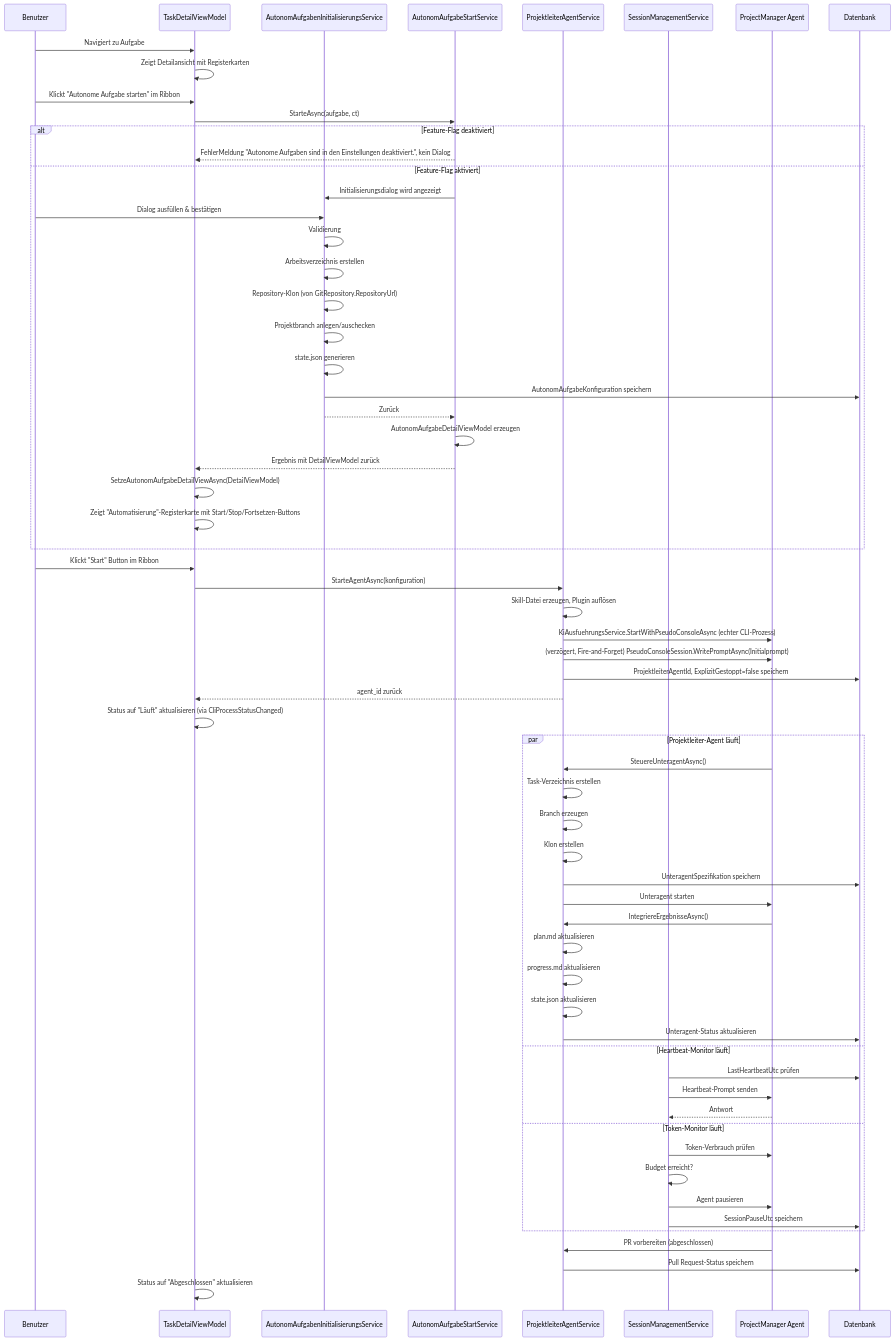
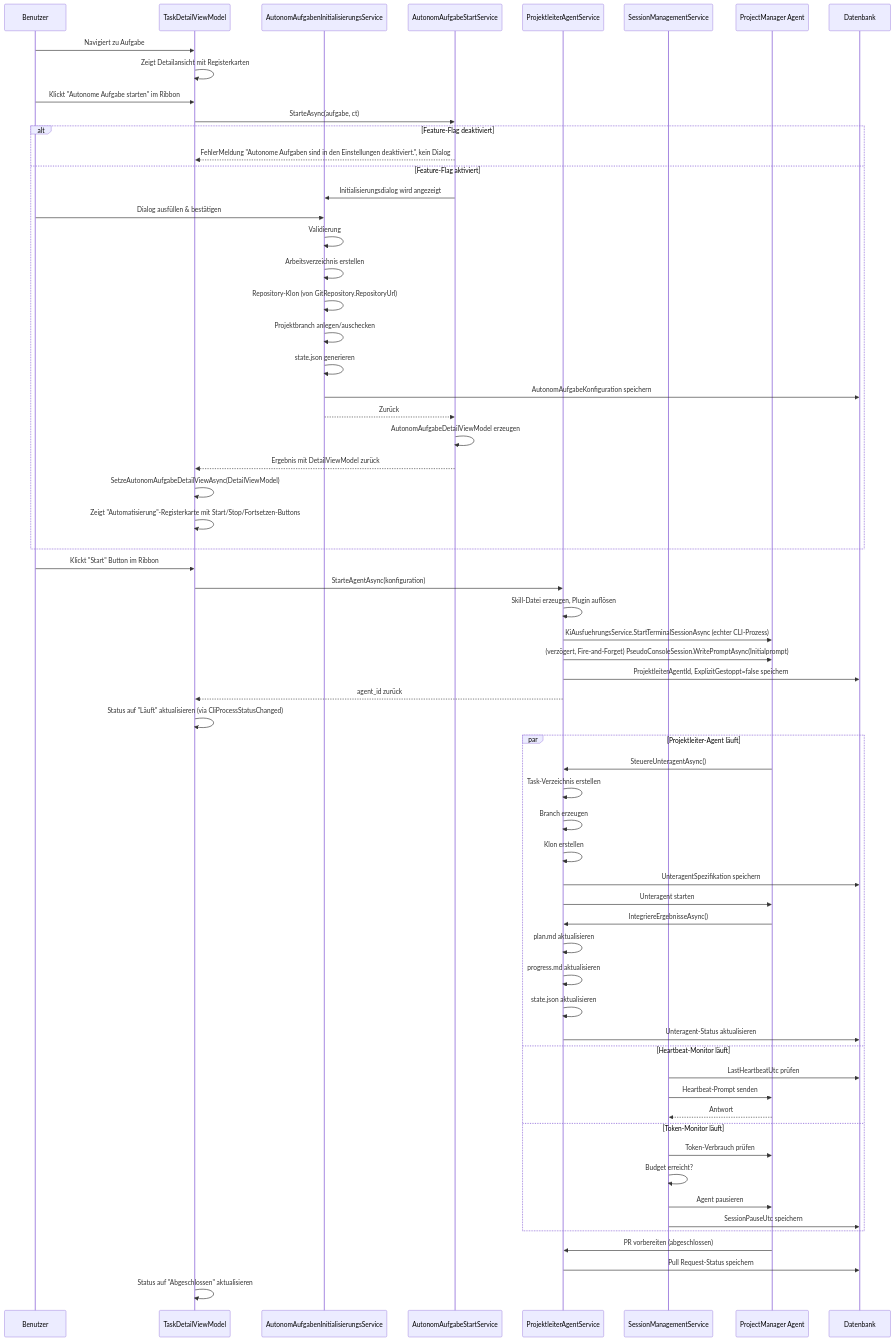
Before and after one commit to martin-stromberg/Softwareschmiede: the diagram in docs/help/aufgaben/autonome-aufgaben/ablauf-technisch.md, drawn with Mermaid. The commit also changed other lines of this file and 120 other files, not shown here.

````diff
--- a/docs/help/aufgaben/autonome-aufgaben/ablauf-technisch.md
+++ b/docs/help/aufgaben/autonome-aufgaben/ablauf-technisch.md
@@ -543,71 +543,71 @@
 ```mermaid
 sequenceDiagram
     participant Benutzer
     participant UI as TaskDetailViewModel
     participant Init as AutonomAufgabenInitialisierungsService
     participant Start as AutonomAufgabeStartService
     participant Proj as ProjektleiterAgentService
     participant Session as SessionManagementService
     participant Agent as ProjectManager Agent
     participant DB as Datenbank
 
     Benutzer->>UI: Navigiert zu Aufgabe
     UI->>UI: Zeigt Detailansicht mit Registerkarten
 
     Benutzer->>UI: Klickt "Autonome Aufgabe starten" im Ribbon
     UI->>Start: StarteAsync(aufgabe, ct)
     alt Feature-Flag deaktiviert
         Start-->>UI: FehlerMeldung "Autonome Aufgaben sind in den Einstellungen deaktiviert.", kein Dialog
     else Feature-Flag aktiviert
         Start->>Init: Initialisierungsdialog wird angezeigt
         Benutzer->>Init: Dialog ausfüllen & bestätigen
         Init->>Init: Validierung
         Init->>Init: Arbeitsverzeichnis erstellen
         Init->>Init: Repository-Klon (von GitRepository.RepositoryUrl)
         Init->>Init: Projektbranch anlegen/auschecken
         Init->>Init: state.json generieren
         Init->>DB: AutonomAufgabeKonfiguration speichern
         Init-->>Start: Zurück
         Start->>Start: AutonomAufgabeDetailViewModel erzeugen
         Start-->>UI: Ergebnis mit DetailViewModel zurück
         UI->>UI: SetzeAutonomAufgabeDetailViewAsync(DetailViewModel)
         UI->>UI: Zeigt "Automatisierung"-Registerkarte mit Start/Stop/Fortsetzen-Buttons
     end
 
     Benutzer->>UI: Klickt "Start" Button im Ribbon
     UI->>Proj: StarteAgentAsync(konfiguration)
     Proj->>Proj: Skill-Datei erzeugen, Plugin auflösen
-    Proj->>Agent: KiAusfuehrungsService.StartWithPseudoConsoleAsync (echter CLI-Prozess)
+    Proj->>Agent: KiAusfuehrungsService.StartTerminalSessionAsync (echter CLI-Prozess)
     Proj->>Agent: (verzögert, Fire-and-Forget) PseudoConsoleSession.WritePromptAsync(Initialprompt)
     Proj->>DB: ProjektleiterAgentId, ExplizitGestoppt=false speichern
     Proj-->>UI: agent_id zurück
     UI->>UI: Status auf "Läuft" aktualisieren (via CliProcessStatusChanged)
 
     par Projektleiter-Agent läuft
         Agent->>Proj: SteuereUnteragentAsync()
         Proj->>Proj: Task-Verzeichnis erstellen
         Proj->>Proj: Branch erzeugen
         Proj->>Proj: Klon erstellen
         Proj->>DB: UnteragentSpezifikation speichern
         Proj->>Agent: Unteragent starten
         
         Agent->>Proj: IntegriereErgebnisseAsync()
         Proj->>Proj: plan.md aktualisieren
         Proj->>Proj: progress.md aktualisieren
         Proj->>Proj: state.json aktualisieren
         Proj->>DB: Unteragent-Status aktualisieren
     and Heartbeat-Monitor läuft
         Session->>DB: LastHeartbeatUtc prüfen
         Session->>Agent: Heartbeat-Prompt senden
         Agent-->>Session: Antwort
     and Token-Monitor läuft
         Session->>Agent: Token-Verbrauch prüfen
         Session->>Session: Budget erreicht?
         Session->>Agent: Agent pausieren
         Session->>DB: SessionPauseUtc speichern
     end
 
     Agent->>Proj: PR vorbereiten (abgeschlossen)
     Proj->>DB: Pull Request-Status speichern
     UI->>UI: Status auf "Abgeschlossen" aktualisieren
 ```
````
